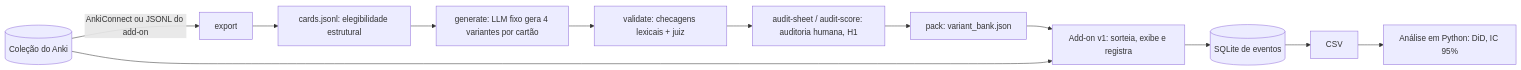
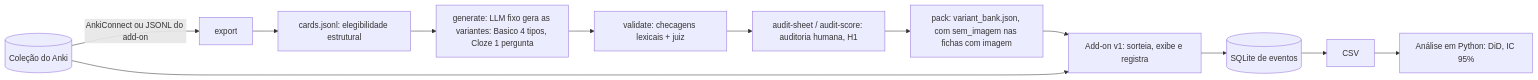
The diagram in docs/arquitetura.md (gabrielcarvalhoavila/tcc-dfc-anki), drawn with Mermaid before and after one commit. The commit also changed other lines of this file and 9 other files, not shown here.

Commit message:
protocolo v1.2: Cloze com 1 a 3 lacunas e imagens fixas, variantes pergunta e sem_imagem, irmao como participante principal, analise por nota com n_blanks e has_image e sensibilidade de escala; add-on registra note_kind, n_blanks e has_image (schema 5); docs e 121 testes

````diff
--- a/docs/arquitetura.md
+++ b/docs/arquitetura.md
@@ -7,13 +7,13 @@
 ```mermaid
 flowchart LR
   A[(Coleção do Anki)] -->|AnkiConnect ou JSONL do add-on| B[export]
   B --> C[cards.jsonl: elegibilidade estrutural]
-  C --> D[generate: LLM fixo gera 4 variantes por cartão]
+  C --> D[generate: LLM fixo gera as variantes: Basico 4 tipos, Cloze 1 pergunta]
   D --> E[validate: checagens lexicais + juiz]
   E --> F[audit-sheet / audit-score: auditoria humana, H1]
-  F --> G[pack: variant_bank.json]
+  F --> G[pack: variant_bank.json, com sem_imagem nas fichas com imagem]
   G --> H[Add-on v1: sorteia, exibe e registra]
   A --> H
   H --> I[(SQLite de eventos)]
   I --> J[CSV] --> K[Análise em Python: DiD, IC 95%]
 ```
````
